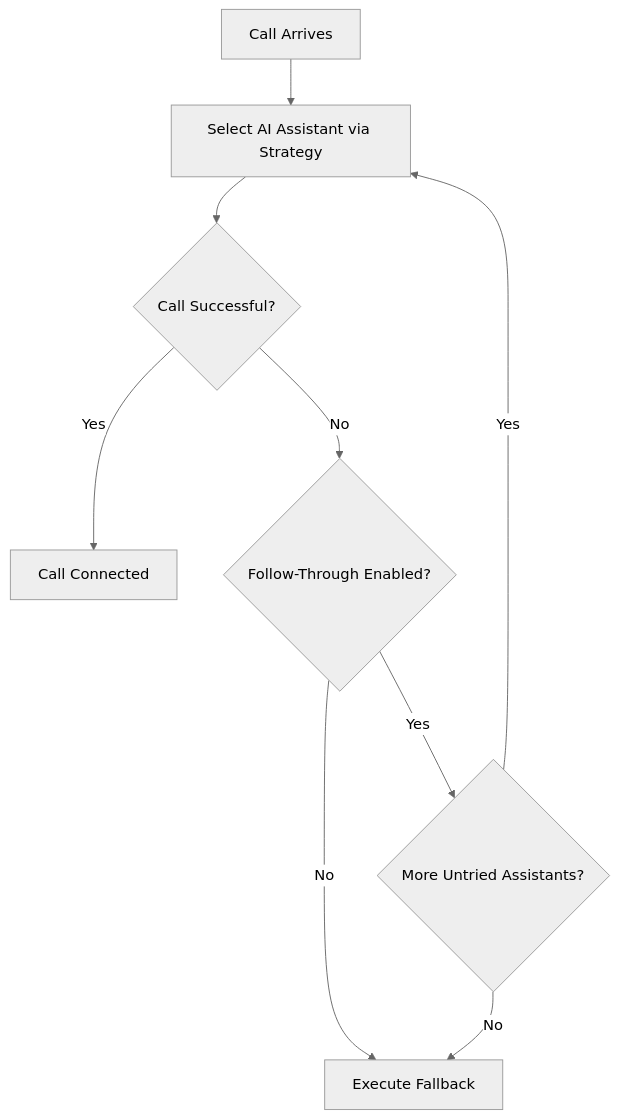
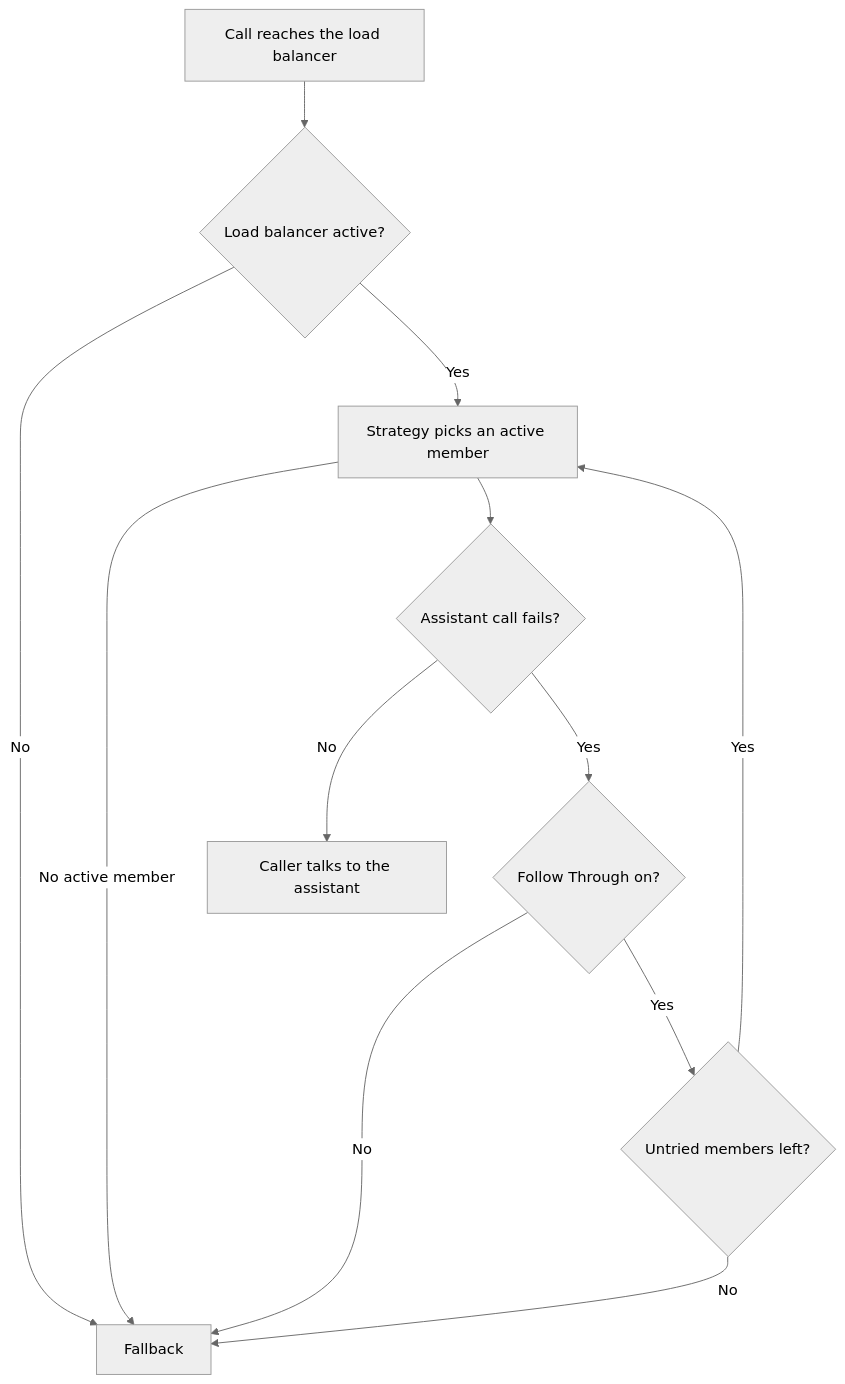
Before and after one commit to greenfieldtech-nirs/opbx: the diagram in docs/opbx-userguide/applications/ai-load-balancers.mdx, drawn with Mermaid (neutral theme). The commit also changed other lines of this file and 4 other files, not shown here.

Commit message:
docs(guide): AI assistants, AI load balancers and applications overview walk-through matches the code

````diff
--- a/docs/opbx-userguide/applications/ai-load-balancers.mdx
+++ b/docs/opbx-userguide/applications/ai-load-balancers.mdx
@@ -57,11 +17,14 @@
 ```mermaid
 flowchart TD
-    A[Call Arrives] --> B[Select AI Assistant via Strategy]
-    B --> C{Call Successful?}
-    C -->|Yes| D[Call Connected]
-    C -->|No| E{Follow-Through Enabled?}
-    E -->|No| F[Execute Fallback]
-    E -->|Yes| G{More Untried Assistants?}
+    A[Call reaches the load balancer] --> S{Load balancer active?}
+    S -->|No| F[Fallback]
+    S -->|Yes| B[Strategy picks an active member]
+    B -->|No active member| F
+    B --> C{Assistant call fails?}
+    C -->|No| D[Caller talks to the assistant]
+    C -->|Yes| E{Follow Through on?}
+    E -->|No| F
+    E -->|Yes| G{Untried members left?}
     G -->|Yes| B
     G -->|No| F
 ```
````
